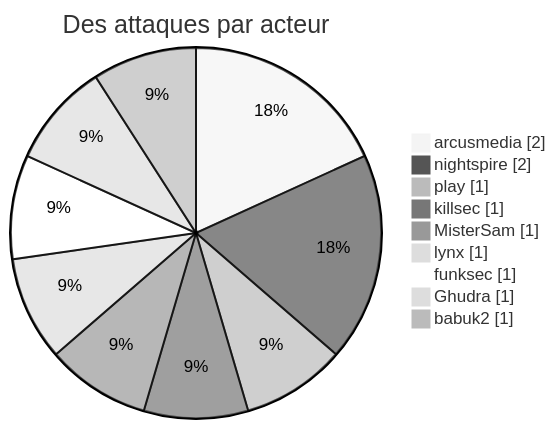
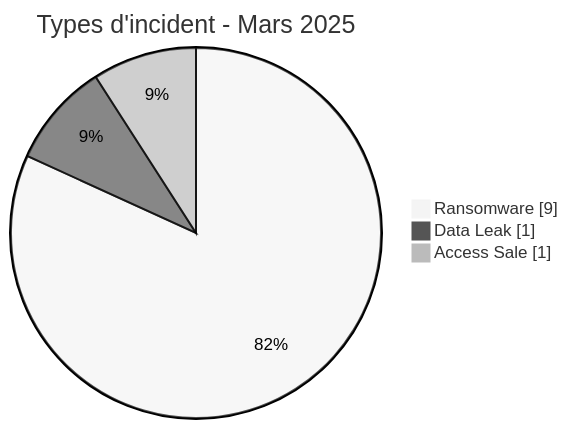
Before and after one commit to Hatchepsoute/AFRINTEL: the first of 7 diagrams in CyberAttackAfrica/2025/03-march/README_FR.md, drawn with Mermaid (neutral theme). The commit also changed other lines of this file and 7 other files, not shown here.

````diff
--- a/CyberAttackAfrica/2025/03-march/README_FR.md
+++ b/CyberAttackAfrica/2025/03-march/README_FR.md
@@ -37,13 +64,7 @@
 ```mermaid
 pie showData
-    title Des attaques par acteur
-    "arcusmedia" : 2
-    "nightspire" : 2
-    "play" : 1
-    "killsec" : 1
-    "MisterSam" : 1
-    "lynx" : 1
-    "funksec" : 1
-    "Ghudra" : 1
-    "babuk2" : 1
+    title Types d'incident - Mars 2025
+    "Ransomware" : 9
+    "Data Leak" : 1
+    "Access Sale" : 1
 ```
````
